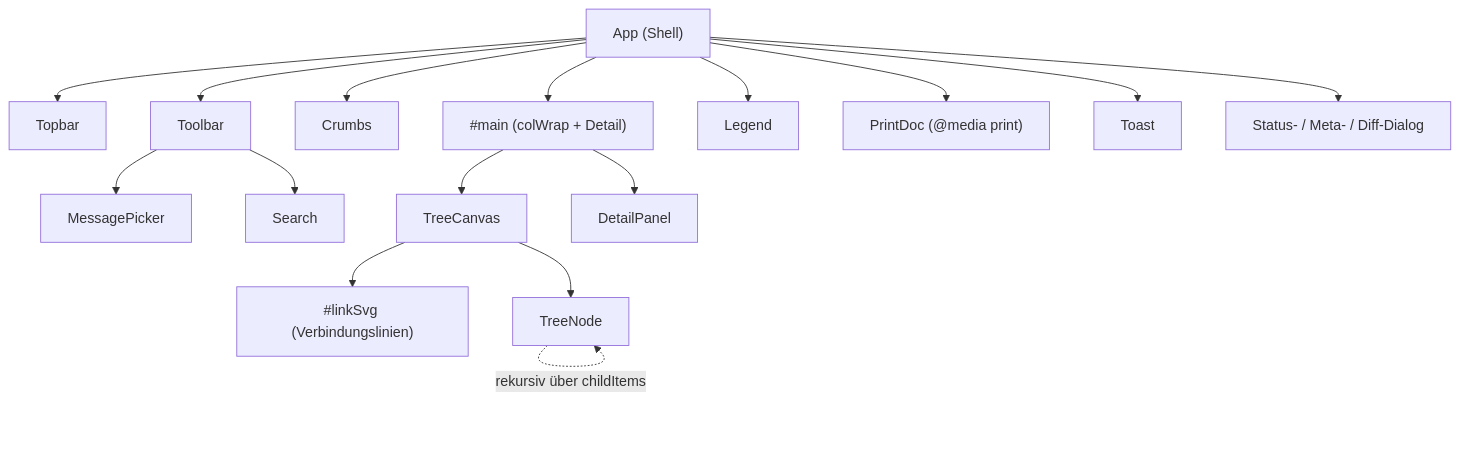
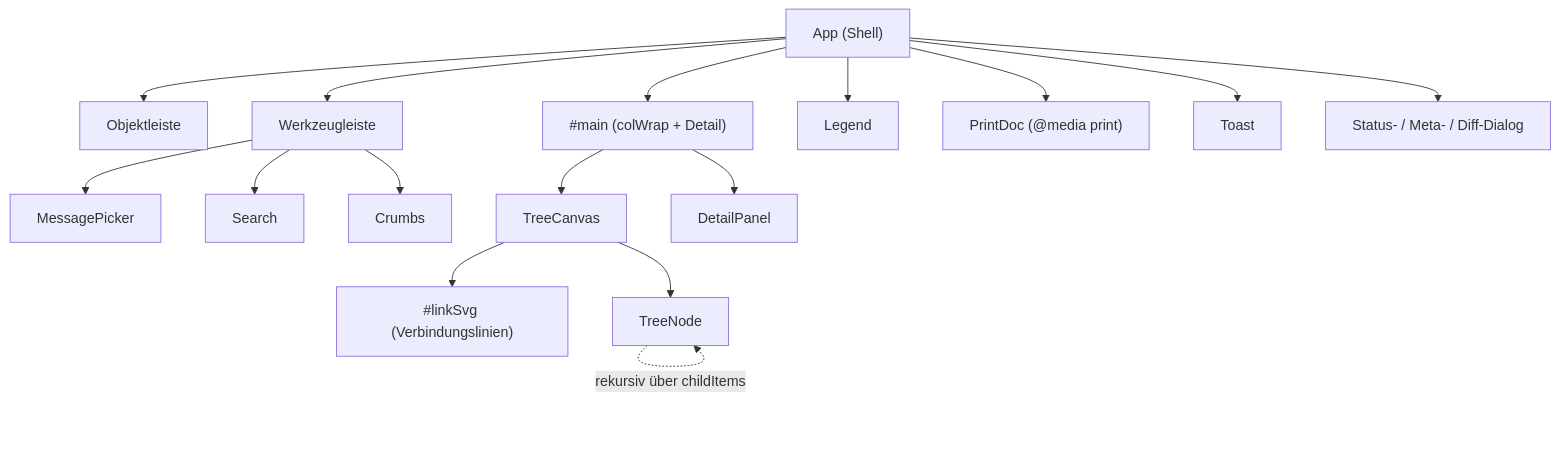
The first of 4 diagrams in docs/architecture.md (FinnFreiheit/Profilierer), drawn with Mermaid before and after one commit. The commit also changed other lines of this file and 19 other files, not shown here.

````diff
--- a/docs/architecture.md
+++ b/docs/architecture.md
@@ -24,19 +24,19 @@
 ```mermaid
 graph TD
   App["App (Shell)"]
-  App --> Topbar
-  App --> Toolbar
-  App --> Crumbs
+  App --> Objektleiste
+  App --> Werkzeugleiste
   App --> Main["#main (colWrap + Detail)"]
   App --> Legend
   App --> PrintDoc["PrintDoc (@media print)"]
   App --> Toast
   App --> Dlgs["Status- / Meta- / Diff-Dialog"]
-  Toolbar --> MessagePicker
-  Toolbar --> Search
+  Werkzeugleiste --> MessagePicker
+  Werkzeugleiste --> Search
+  Werkzeugleiste --> Crumbs
   Main --> TreeCanvas
   Main --> DetailPanel
   TreeCanvas --> LinkSVG["#linkSvg (Verbindungslinien)"]
   TreeCanvas --> TreeNode
   TreeNode -.->|rekursiv über childItems| TreeNode
 ```
````
